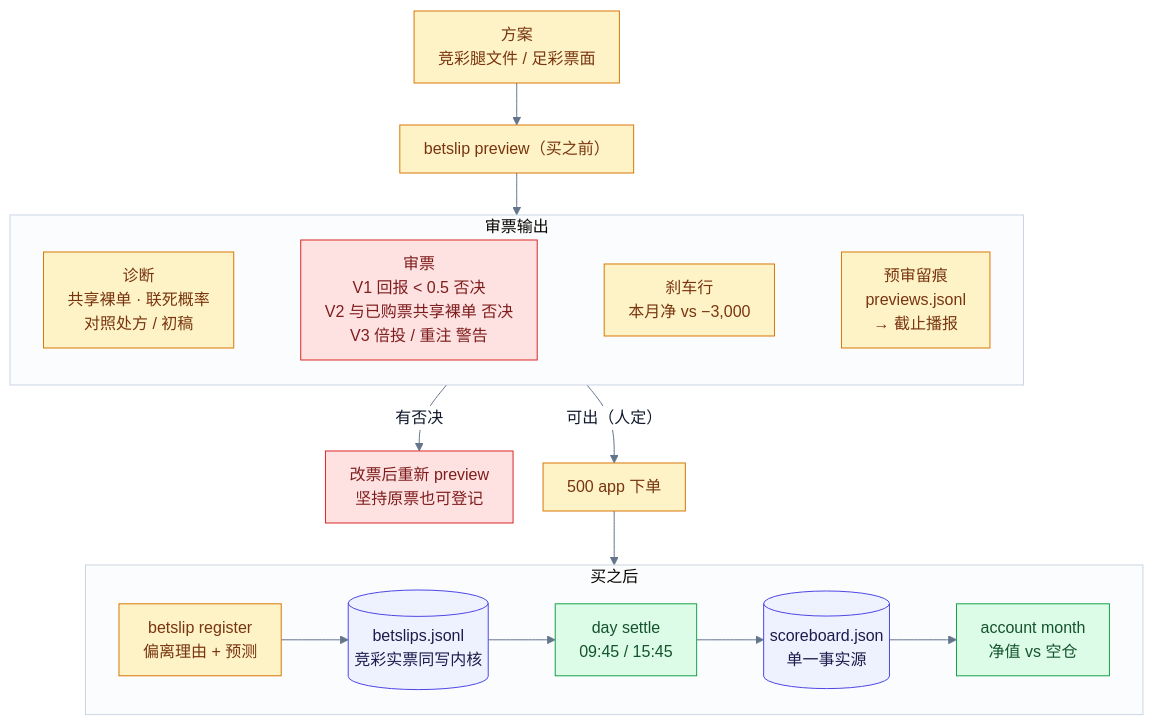
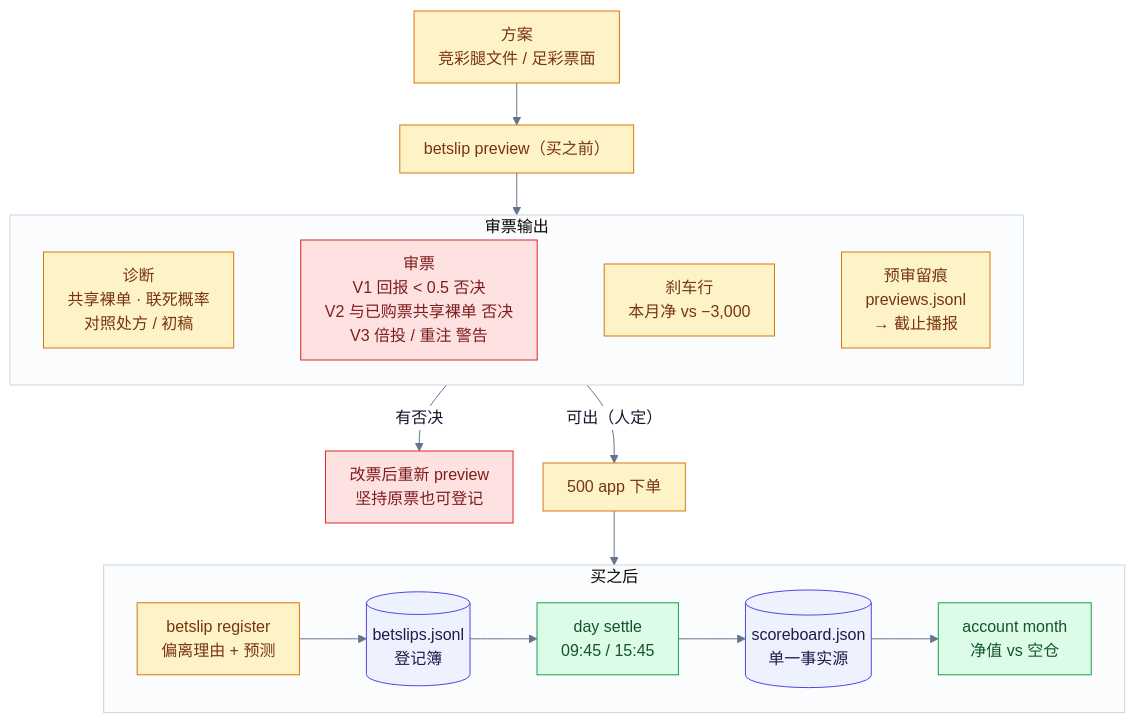
One commit to Jerenus/Nutmeg changed the seventh of 11 diagrams in docs/ARCHITECTURE.md. Above: the diagram before and after it, drawn with Mermaid. The commit also changed other lines of this file and 4 other files, not shown here.

First line of the commit message:
docs: slimming round 2 — ARCHITECTURE v1.4, dataflow/scheduler docs, evidence; plan executed

````diff
--- a/docs/ARCHITECTURE.md
+++ b/docs/ARCHITECTURE.md
@@ -394,26 +395,26 @@
 ```mermaid
 %%{init: {"theme": "base", "themeVariables": {"fontSize": "16px", "lineColor": "#64748B", "clusterBkg": "#FBFCFE", "clusterBorder": "#CBD5E1", "edgeLabelBackground": "#FFFFFF", "primaryTextColor": "#0F172A"}, "flowchart": {"curve": "basis", "padding": 12, "nodeSpacing": 30, "rankSpacing": 42}}}%%
 flowchart TB
   A["方案<br/>竞彩腿文件 / 足彩票面"] --> B["betslip preview（买之前）"]
   subgraph PRE["审票输出"]
     direction LR
     B1["诊断<br/>共享裸单 · 联死概率<br/>对照处方 / 初稿"] ~~~ B2["审票<br/>V1 回报 &lt; 0.5 否决<br/>V2 与已购票共享裸单 否决<br/>V3 倍投 / 重注 警告"] ~~~ B3["刹车行<br/>本月净 vs −3,000"] ~~~ B4["预审留痕<br/>previews.jsonl<br/>→ 截止播报"]
   end
   B --> PRE
   PRE -->|"有否决"| RE["改票后重新 preview<br/>坚持原票也可登记"]
   PRE -->|"可出（人定）"| C["500 app 下单"]
   subgraph POST["买之后"]
     direction LR
-    D["betslip register<br/>偏离理由 + 预测"] --> E[("betslips.jsonl<br/>竞彩实票同写内核")] --> F["day settle<br/>09:45 / 15:45"] --> G[("scoreboard.json<br/>单一事实源")] --> H["account month<br/>净值 vs 空仓"]
+    D["betslip register<br/>偏离理由 + 预测"] --> E[("betslips.jsonl<br/>登记簿")] --> F["day settle<br/>09:45 / 15:45"] --> G[("scoreboard.json<br/>单一事实源")] --> H["account month<br/>净值 vs 空仓"]
   end
   C --> POST
 
   classDef hum fill:#FEF3C7,stroke:#D97706,color:#78350F
   classDef warn fill:#FEE2E2,stroke:#DC2626,color:#7F1D1D
   classDef acc fill:#DCFCE7,stroke:#16A34A,color:#14532D
   classDef store fill:#EEF2FF,stroke:#4F46E5,color:#1E1B4B
   class A,B,B1,B3,B4,C,D hum
   class B2,RE warn
   class F,H acc
   class E,G store
 ```
````
